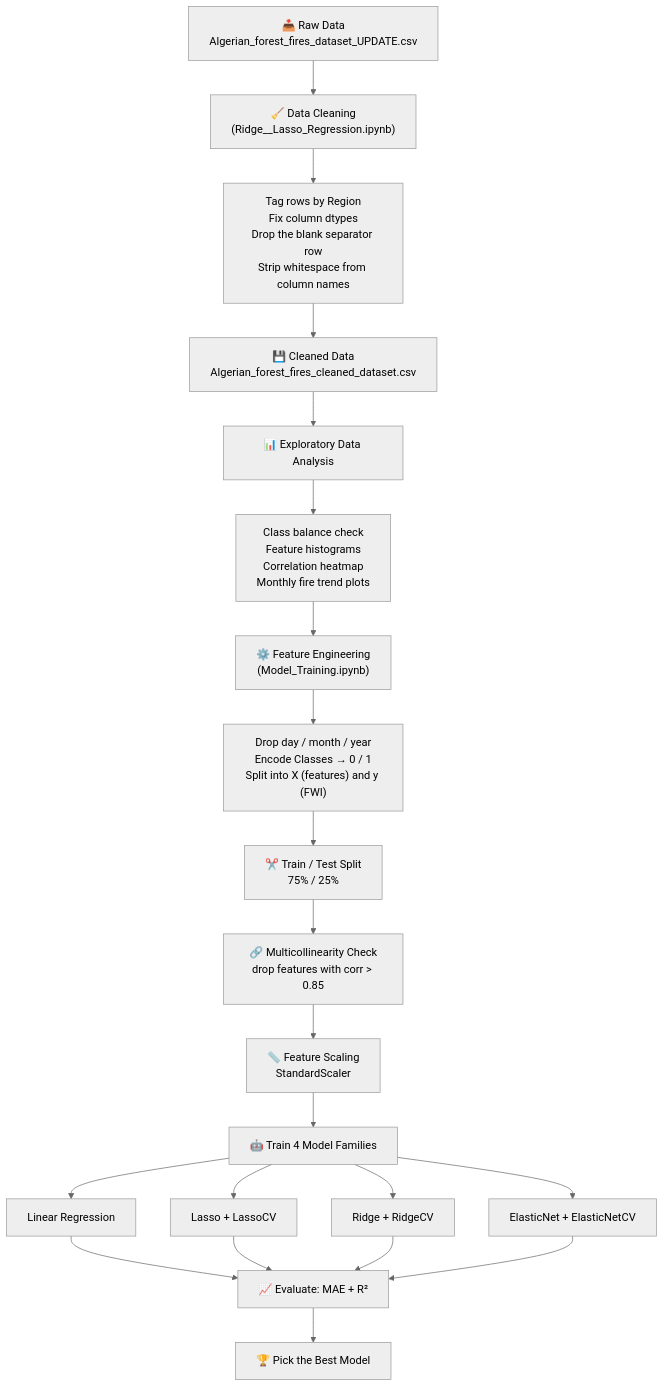
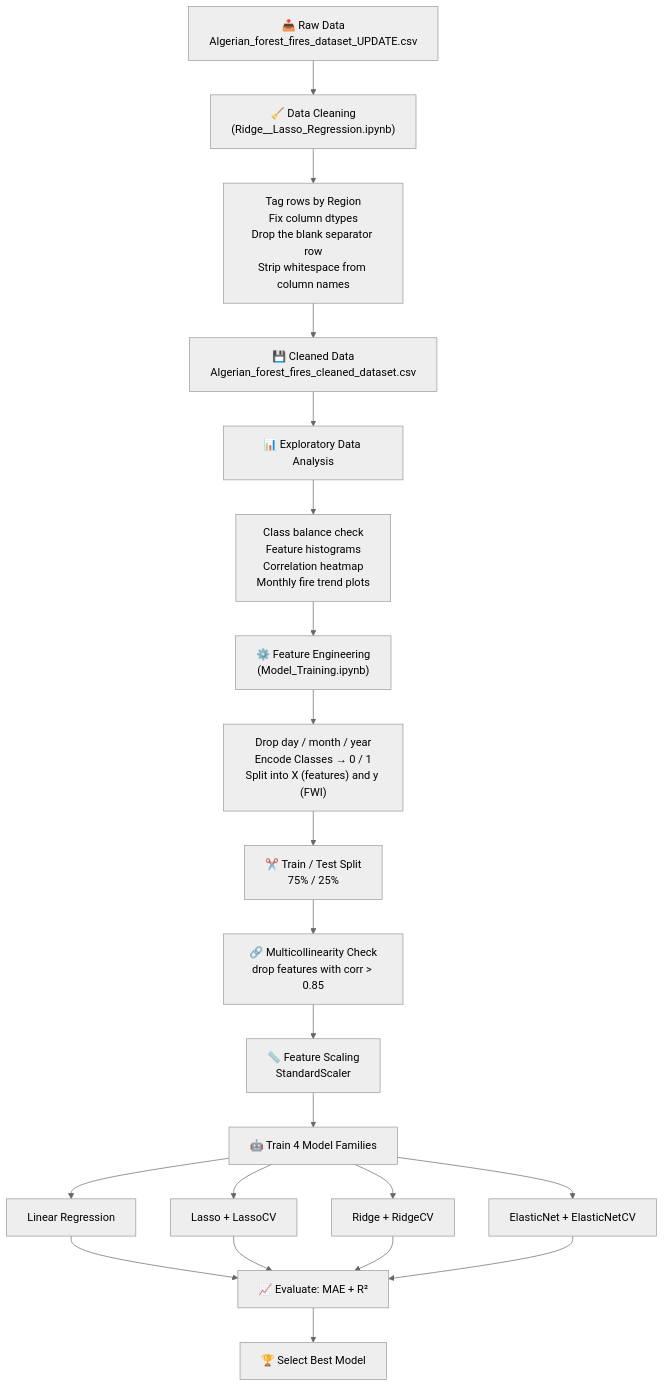
Before and after one commit to ashir1S/Algerian_forest_fires: the first of 2 diagrams in README.md, drawn with Mermaid (neutral theme). The commit also changed other lines of this file, not shown here.

````diff
--- a/README.md
+++ b/README.md
@@ -48,23 +48,23 @@
 ```mermaid
 flowchart TD
     A["📥 Raw Data<br/>Algerian_forest_fires_dataset_UPDATE.csv"] --> B["🧹 Data Cleaning<br/>(Ridge__Lasso_Regression.ipynb)"]
     B --> B1["Tag rows by Region<br/>Fix column dtypes<br/>Drop the blank separator row<br/>Strip whitespace from column names"]
     B1 --> C["💾 Cleaned Data<br/>Algerian_forest_fires_cleaned_dataset.csv"]
     C --> D["📊 Exploratory Data Analysis"]
     D --> D1["Class balance check<br/>Feature histograms<br/>Correlation heatmap<br/>Monthly fire trend plots"]
     D1 --> E["⚙️ Feature Engineering<br/>(Model_Training.ipynb)"]
     E --> E1["Drop day / month / year<br/>Encode Classes → 0 / 1<br/>Split into X (features) and y (FWI)"]
     E1 --> F["✂️ Train / Test Split<br/>75% / 25%"]
     F --> G["🔗 Multicollinearity Check<br/>drop features with corr > 0.85"]
     G --> H["📏 Feature Scaling<br/>StandardScaler"]
     H --> I["🤖 Train 4 Model Families"]
     I --> I1[Linear Regression]
     I --> I2[Lasso + LassoCV]
     I --> I3[Ridge + RidgeCV]
     I --> I4[ElasticNet + ElasticNetCV]
     I1 --> J["📈 Evaluate: MAE + R²"]
     I2 --> J
     I3 --> J
     I4 --> J
-    J --> K["🏆 Pick the Best Model"]
+    J --> K["🏆 Select Best Model"]
 ```
````
